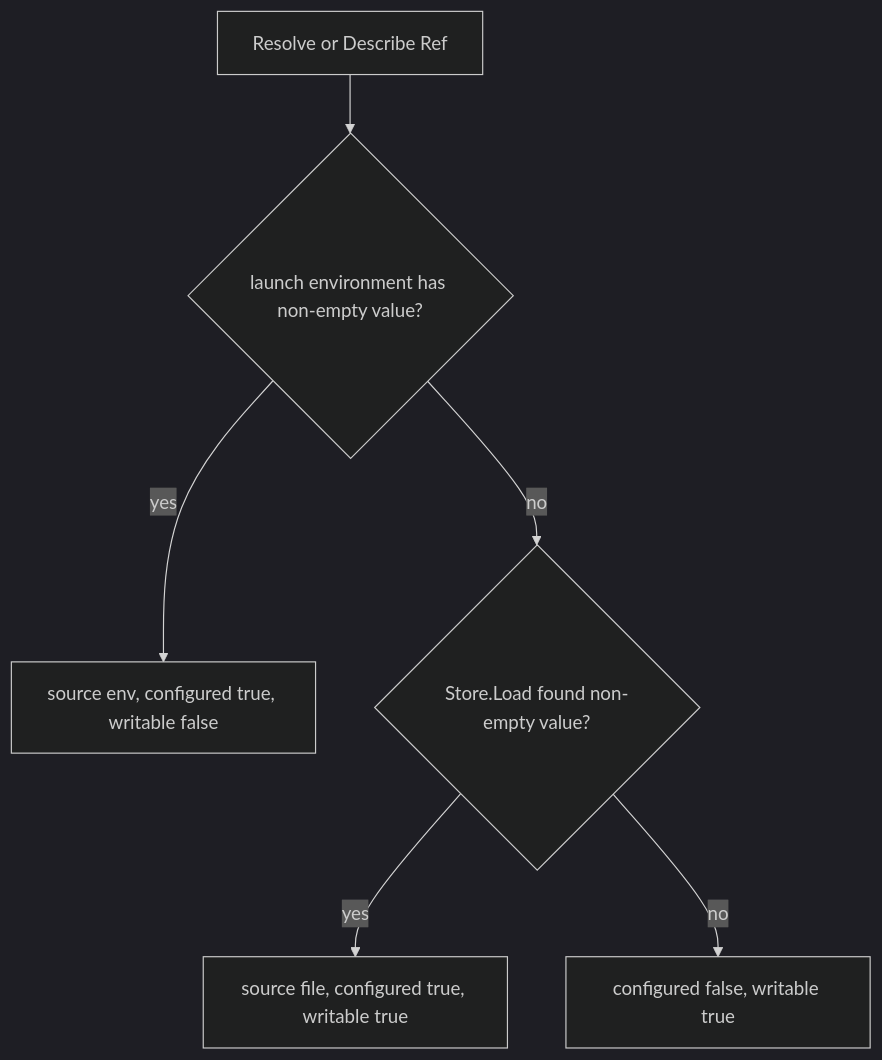
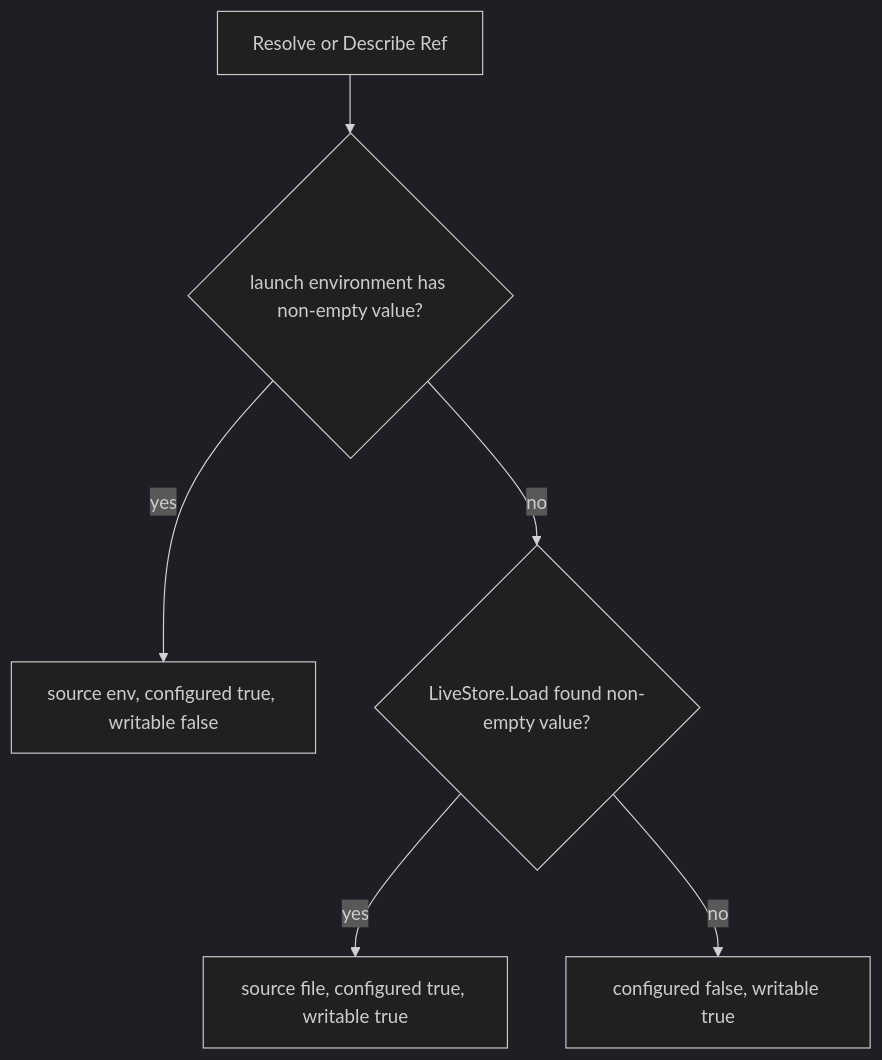
The second of 3 diagrams in zh-CN/22-credentials-and-api-key-management.md (gorenx/goren), drawn with Mermaid (dark theme) before and after one commit. The commit also changed other lines of this file and 27 other files, not shown here.

````diff
--- a/zh-CN/22-credentials-and-api-key-management.md
+++ b/zh-CN/22-credentials-and-api-key-management.md
@@ -67,8 +67,8 @@
 ```mermaid
 flowchart TD
     Start[Resolve or Describe Ref] --> Env{launch environment has non-empty value?}
     Env -- yes --> ReadOnly[source env, configured true, writable false]
-    Env -- no --> Stored{Store.Load found non-empty value?}
+    Env -- no --> Stored{LiveStore.Load found non-empty value?}
     Stored -- yes --> File[source file, configured true, writable true]
     Stored -- no --> Missing[configured false, writable true]
 ```
````
